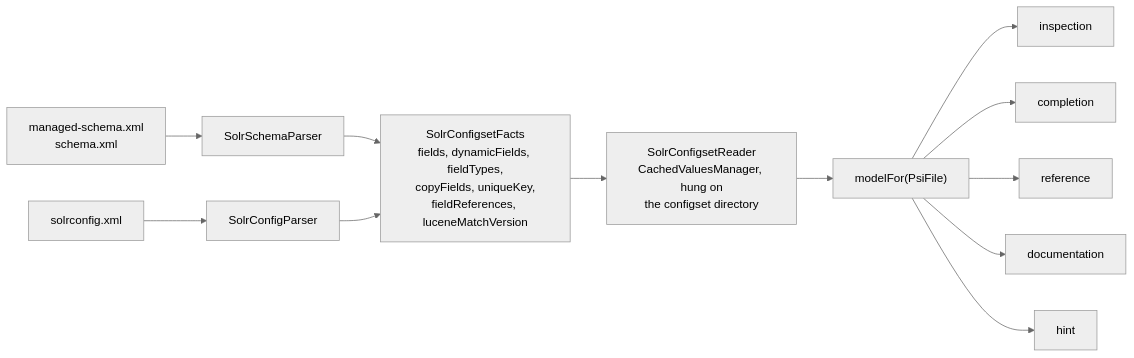
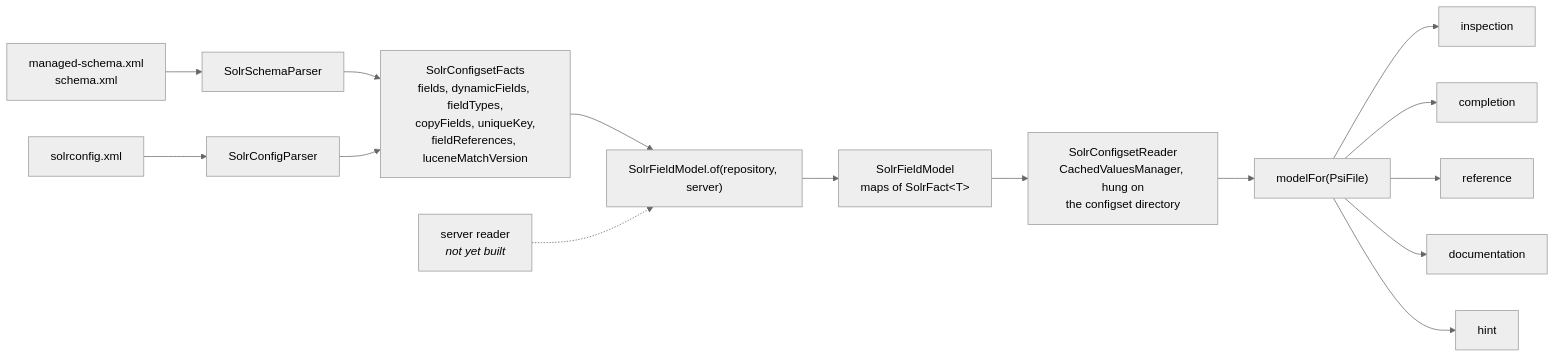
The second of 2 diagrams in docs/code-organization.md (adityamparikh/solr-intellij-plugin), drawn with Mermaid (neutral theme) before and after one commit. The commit also changed 3 other files, not shown here.

````diff
--- a/docs/code-organization.md
+++ b/docs/code-organization.md
@@ -119,14 +119,17 @@
 ```mermaid
 flowchart LR
     Schema["managed-schema.xml<br/>schema.xml"] --> SchemaParser["SolrSchemaParser"]
     Config["solrconfig.xml"] --> ConfigParser["SolrConfigParser"]
     SchemaParser --> Facts["SolrConfigsetFacts<br/>fields, dynamicFields, fieldTypes,<br/>copyFields, uniqueKey,<br/>fieldReferences, luceneMatchVersion"]
     ConfigParser --> Facts
-    Facts --> Reader["SolrConfigsetReader<br/>CachedValuesManager, hung on<br/>the configset directory"]
+    Facts --> Merge["SolrFieldModel.of(repository, server)"]
+    ServerReader["server reader<br/><i>not yet built</i>"] -.-> Merge
+    Merge --> Model["SolrFieldModel<br/>maps of SolrFact&lt;T&gt;"]
+    Model --> Reader["SolrConfigsetReader<br/>CachedValuesManager, hung on<br/>the configset directory"]
     Reader --> Ask["modelFor(PsiFile)"]
     Ask --> Inspection["inspection"]
     Ask --> Completion["completion"]
     Ask --> Reference["reference"]
     Ask --> Documentation["documentation"]
     Ask --> Hint["hint"]
 ```
````
